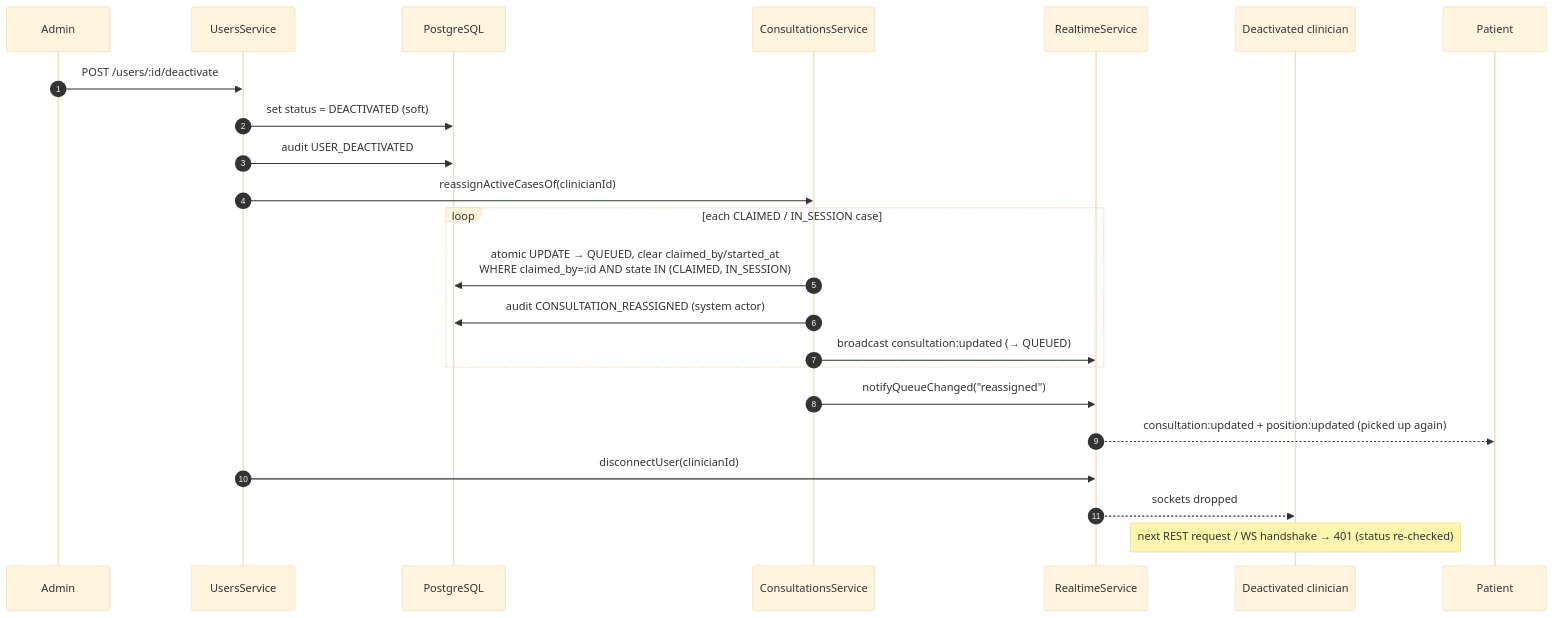
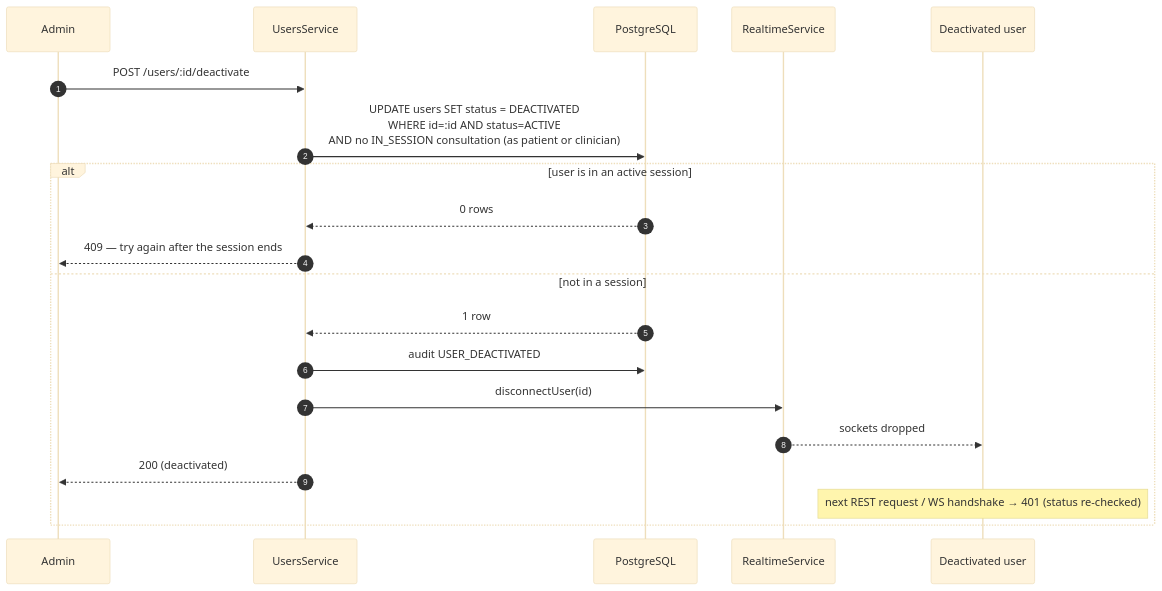
Diagram 13 of 13 in docs/architecture.md (akritiupreti/virtual-consultation-platform), drawn with Mermaid (base theme) before and after one commit. The commit also changed other lines of this file and 193 other files, not shown here.

First line of the commit message:
refactor: simplify consultation workflow and fix data-model diagram

````diff
--- a/docs/architecture.md
+++ b/docs/architecture.md
@@ -541,26 +472,23 @@
 ```mermaid
 sequenceDiagram
     autonumber
     participant Ad as Admin
     participant U as UsersService
     participant DB as PostgreSQL
-    participant C as ConsultationsService
     participant RT as RealtimeService
-    participant Cl as Deactivated clinician
-    participant Pt as Patient
+    participant X as Deactivated user
 
     Ad->>U: POST /users/:id/deactivate
-    U->>DB: set status = DEACTIVATED (soft)
-    U->>DB: audit USER_DEACTIVATED
-    U->>C: reassignActiveCasesOf(clinicianId)
-    loop each CLAIMED / IN_SESSION case
-        C->>DB: atomic UPDATE → QUEUED, clear claimed_by/started_at<br/>WHERE claimed_by=:id AND state IN (CLAIMED, IN_SESSION)
-        C->>DB: audit CONSULTATION_REASSIGNED (system actor)
-        C->>RT: broadcast consultation:updated (→ QUEUED)
+    U->>DB: UPDATE users SET status = DEACTIVATED<br/>WHERE id=:id AND status=ACTIVE<br/>AND no IN_SESSION consultation (as patient or clinician)
+    alt user is in an active session
+        DB-->>U: 0 rows
+        U-->>Ad: 409 — try again after the session ends
+    else not in a session
+        DB-->>U: 1 row
+        U->>DB: audit USER_DEACTIVATED
+        U->>RT: disconnectUser(id)
+        RT-->>X: sockets dropped
+        U-->>Ad: 200 (deactivated)
+        Note over X: next REST request / WS handshake → 401 (status re-checked)
     end
-    C->>RT: notifyQueueChanged("reassigned")
-    RT-->>Pt: consultation:updated + position:updated (picked up again)
-    U->>RT: disconnectUser(clinicianId)
-    RT-->>Cl: sockets dropped
-    Note over Cl: next REST request / WS handshake → 401 (status re-checked)
 ```
````
